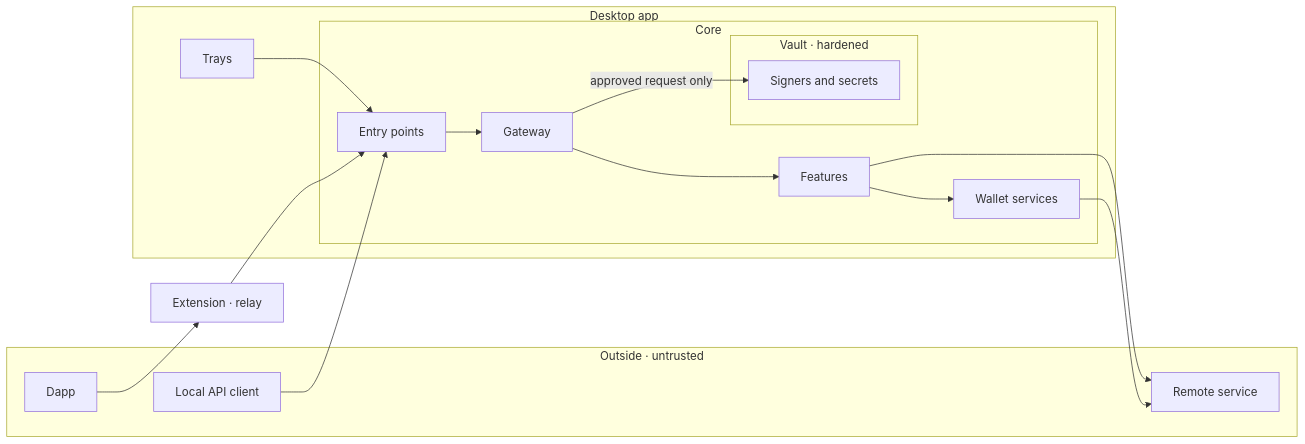
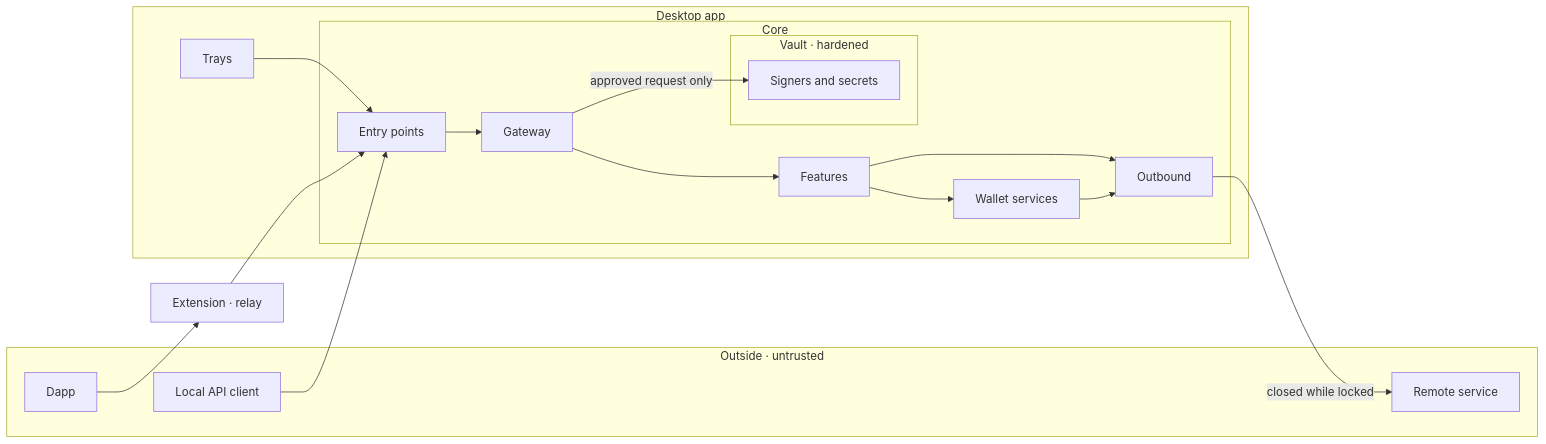
One commit to WardenJakx/newframe changed the first of 2 diagrams in docs/architecture.md. Above: the diagram before and after it, drawn with Mermaid. The commit also changed other lines of this file and 37 other files, not shown here.

First line of the commit message:
Route all remote traffic through one outbound that follows the lock

````diff
--- a/docs/architecture.md
+++ b/docs/architecture.md
@@ -28,26 +28,28 @@
 ```mermaid
 flowchart LR
   subgraph outside[Outside · untrusted]
     dapp[Dapp]
     client[Local API client]
     remote[Remote service]
   end
   ext[Extension · relay]
   subgraph app[Desktop app]
     trays[Trays]
     subgraph core[Core]
       entry[Entry points] --> gateway[Gateway]
       gateway --> features[Features]
       features --> services[Wallet services]
       subgraph vault[Vault · hardened]
         signers[Signers and secrets]
       end
       gateway -->|approved request only| signers
+      outbound[Outbound]
     end
   end
   dapp --> ext --> entry
   client --> entry
   trays --> entry
-  services --> remote
-  features --> remote
+  services --> outbound
+  features --> outbound
+  outbound -->|closed while locked| remote
 ```
````
